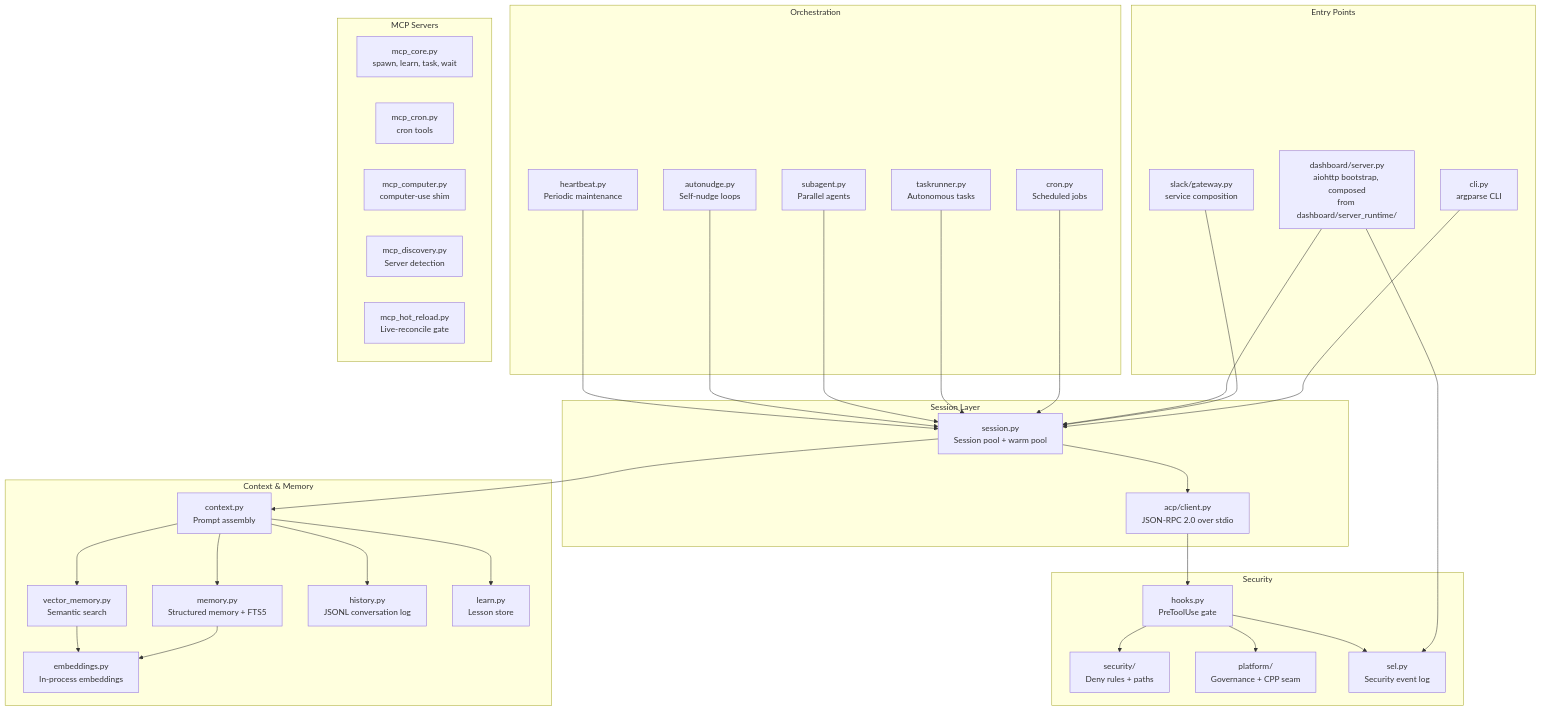
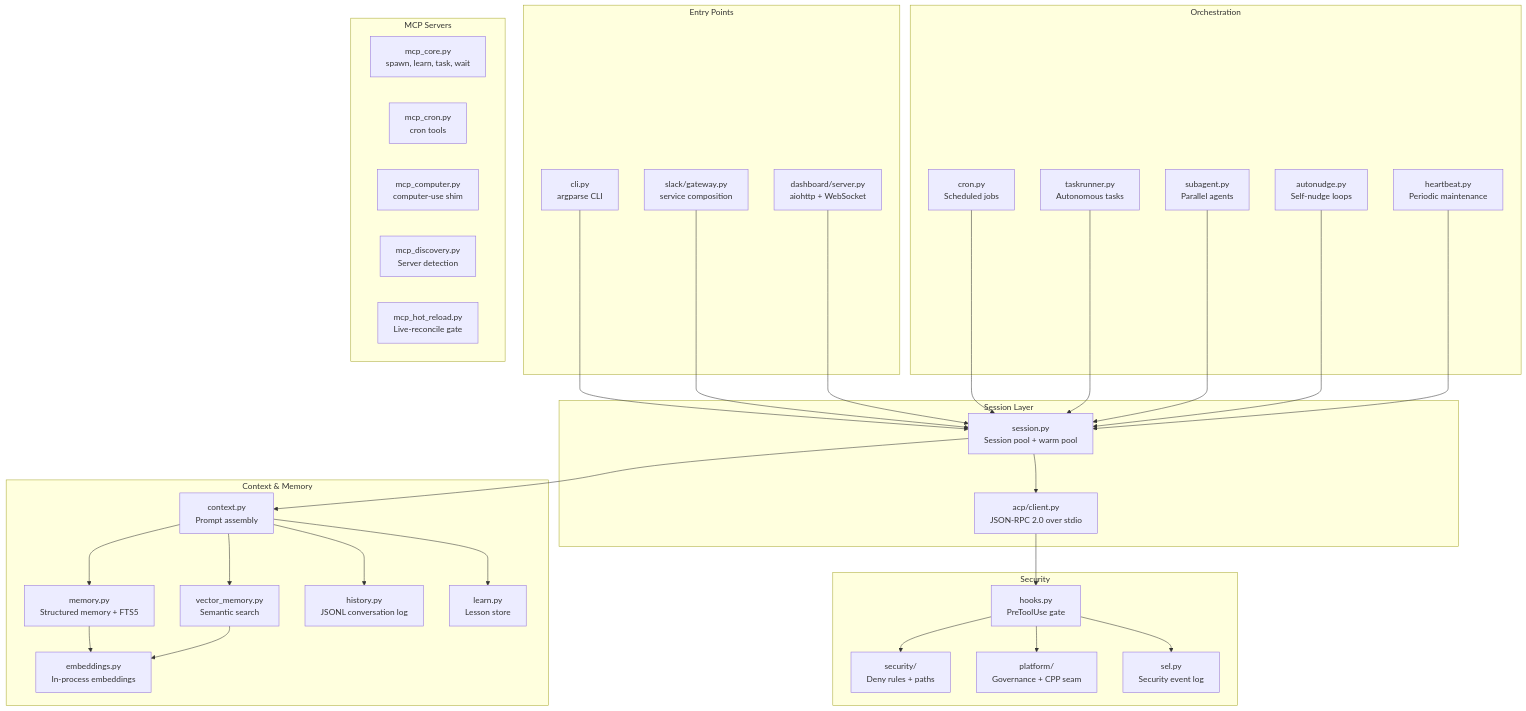
Before and after one commit to Premshay/KiroCrew: the third of 9 diagrams in docs/architecture/overview.md, drawn with Mermaid. The commit also changed other lines of this file and 3408 other files, not shown here.

````diff
--- a/docs/architecture/overview.md
+++ b/docs/architecture/overview.md
@@ -172,72 +172,71 @@
 ```mermaid
 graph TB
     subgraph "Entry Points"
         CLI_MOD[cli.py<br/>argparse CLI]
         SLACK_GW[slack/gateway.py<br/>service composition]
-        DASH_SRV[dashboard/server.py<br/>aiohttp bootstrap, composed<br/>from dashboard/server_runtime/]
+        DASH_SRV[dashboard/server.py<br/>aiohttp + WebSocket]
     end
 
     subgraph "Session Layer"
         SESS[session.py<br/>Session pool + warm pool]
         ACP_CLIENT[acp/client.py<br/>JSON-RPC 2.0 over stdio]
     end
 
     subgraph "Context & Memory"
         CTX[context.py<br/>Prompt assembly]
         MEM[memory.py<br/>Structured memory + FTS5]
         VEC[vector_memory.py<br/>Semantic search]
         HIST[history.py<br/>JSONL conversation log]
         LEARN[learn.py<br/>Lesson store]
         EMBED[embeddings.py<br/>In-process embeddings]
     end
 
     subgraph "Orchestration"
         CRON[cron.py<br/>Scheduled jobs]
         TASK[taskrunner.py<br/>Autonomous tasks]
         SUB[subagent.py<br/>Parallel agents]
         NUDGE[autonudge.py<br/>Self-nudge loops]
         HB[heartbeat.py<br/>Periodic maintenance]
     end
 
     subgraph "MCP Servers"
         MCP_CORE[mcp_core.py<br/>spawn, learn, task, wait]
         MCP_CRON[mcp_cron.py<br/>cron tools]
         MCP_COMP[mcp_computer.py<br/>computer-use shim]
         MCP_DISC[mcp_discovery.py<br/>Server detection]
         MCP_HOT[mcp_hot_reload.py<br/>Live-reconcile gate]
     end
 
     subgraph "Security"
         HOOKS[hooks.py<br/>PreToolUse gate]
         SEC[security/<br/>Deny rules + paths]
         PLAT[platform/<br/>Governance + CPP seam]
         SEL[sel.py<br/>Security event log]
     end
 
     CLI_MOD --> SESS
     SLACK_GW --> SESS
     DASH_SRV --> SESS
-    DASH_SRV --> SEL
 
     SESS --> ACP_CLIENT
     SESS --> CTX
 
     CTX --> MEM
     CTX --> VEC
     CTX --> HIST
     CTX --> LEARN
 
     MEM --> EMBED
     VEC --> EMBED
 
     CRON --> SESS
     TASK --> SESS
     SUB --> SESS
     NUDGE --> SESS
     HB --> SESS
 
     HOOKS --> SEC
     HOOKS --> PLAT
     HOOKS --> SEL
     ACP_CLIENT --> HOOKS
 ```
````
